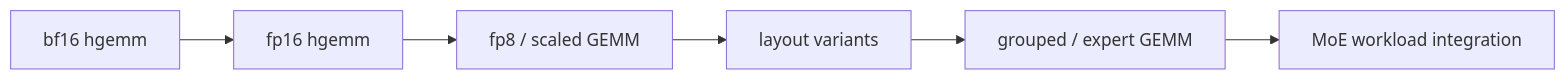
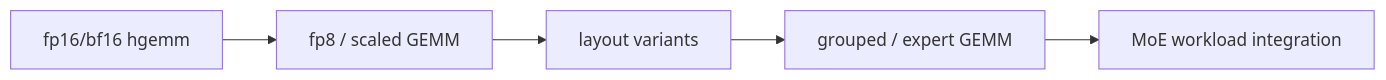
One commit to XiaobingSuper/FlyDSL changed the seventh of 8 diagrams in docs/pytorch_integration_rfc.md. Above: the diagram before and after it, drawn with Mermaid. The commit also changed other lines of this file, not shown here.

````diff
--- a/docs/pytorch_integration_rfc.md
+++ b/docs/pytorch_integration_rfc.md
@@ -334,8 +334,7 @@
 ```mermaid
 flowchart LR
-    A["bf16 hgemm"] --> B["fp16 hgemm"]
-    B --> C["fp8 / scaled GEMM"]
-    C --> D["layout variants"]
-    D --> E["grouped / expert GEMM"]
-    E --> F["MoE workload integration"]
+    A["fp16/bf16 hgemm"] --> B["fp8 / scaled GEMM"]
+    B --> C["layout variants"]
+    C --> D["grouped / expert GEMM"]
+    D --> E["MoE workload integration"]
 ```
````
